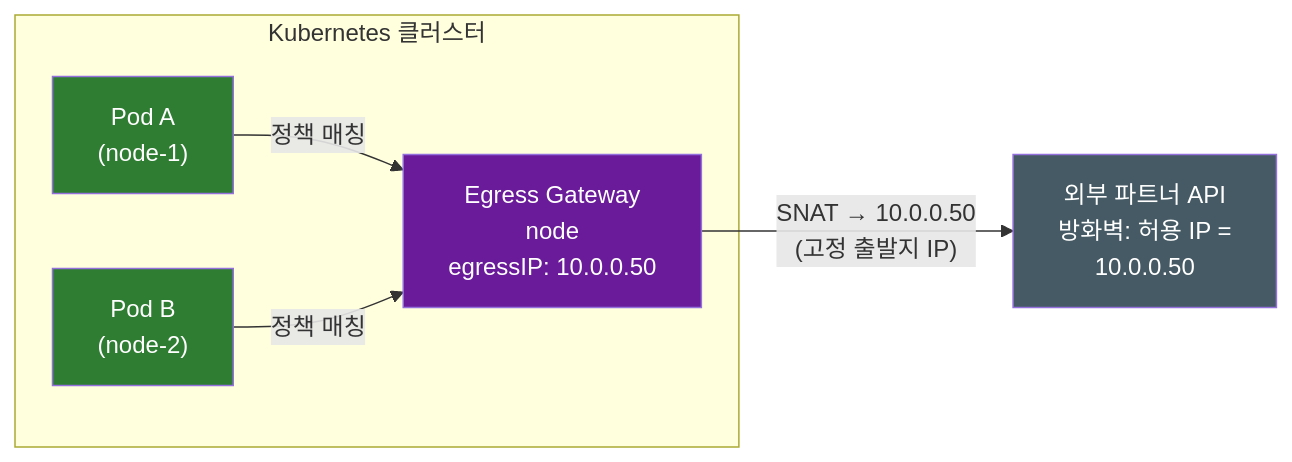
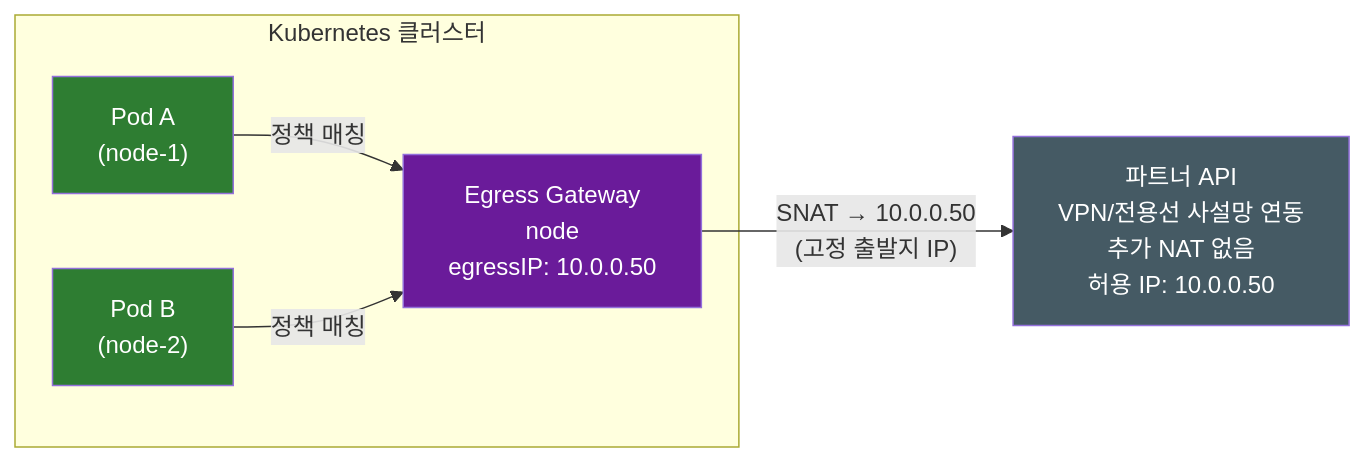
The second of 3 diagrams in kubernetes/Kubernetes-Egress-NetworkPolicy.md (sskim91/TIL), drawn with Mermaid before and after one commit. The commit also changed other lines of this file and 39 other files, not shown here.

````diff
--- a/kubernetes/Kubernetes-Egress-NetworkPolicy.md
+++ b/kubernetes/Kubernetes-Egress-NetworkPolicy.md
@@ -195,18 +218,18 @@
 ```mermaid
 flowchart LR
     subgraph cluster[Kubernetes 클러스터]
         pod1["Pod A<br>(node-1)"]
         pod2["Pod B<br>(node-2)"]
         gw["Egress Gateway<br>node<br>egressIP: 10.0.0.50"]
     end
-    ext["외부 파트너 API<br>방화벽: 허용 IP =<br>10.0.0.50"]
+    ext["파트너 API<br>VPN/전용선 사설망 연동<br>추가 NAT 없음<br>허용 IP: 10.0.0.50"]
 
     pod1 -->|"정책 매칭"| gw
     pod2 -->|"정책 매칭"| gw
     gw -->|"SNAT → 10.0.0.50<br>(고정 출발지 IP)"| ext
 
     style pod1 fill:#2E7D32,color:#fff
     style pod2 fill:#2E7D32,color:#fff
     style gw fill:#6A1B9A,color:#fff
     style ext fill:#455A64,color:#fff
 ```
````
